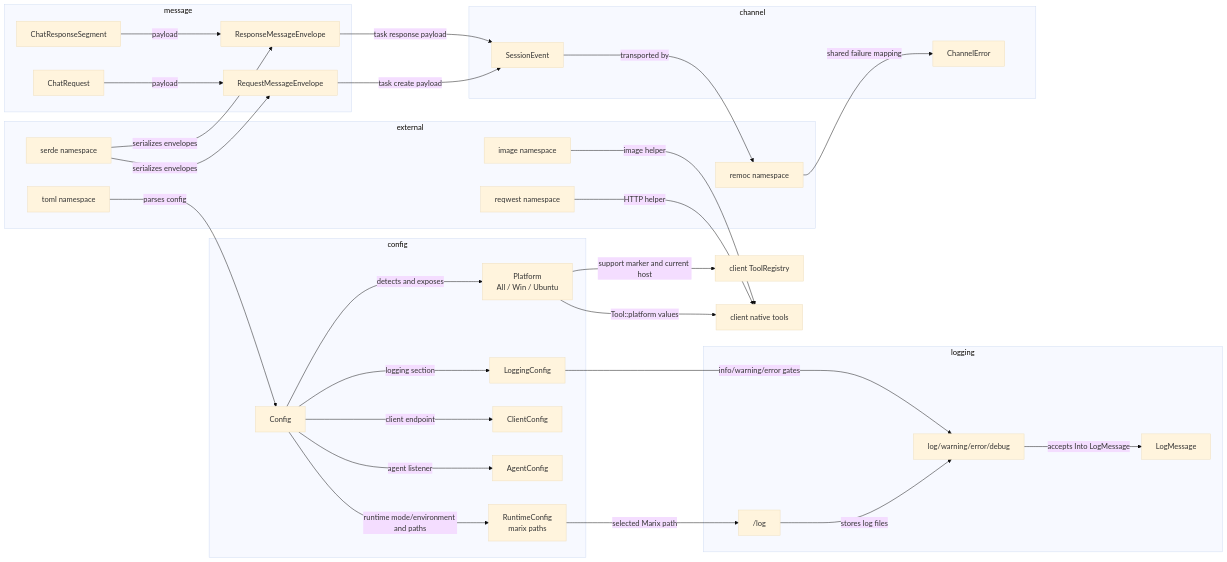
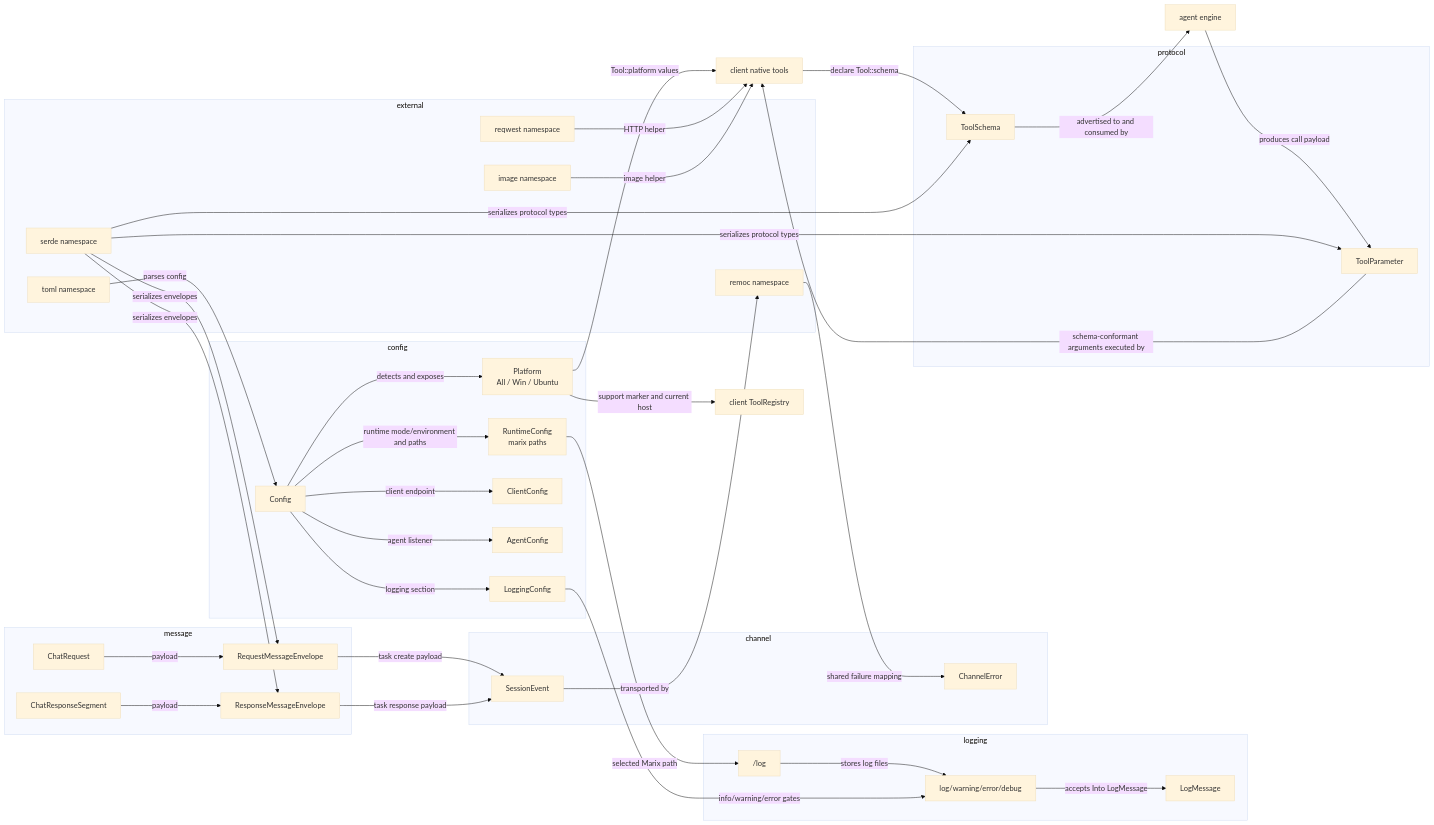
Before and after one commit to DexterDreeeam/Marix: the diagram in src/common/.workflow.mmd, drawn with Mermaid (base theme). The commit also changed 28 other files, not shown here.

Commit message:
Refresh source design metadata for tool protocol and plan structure

```diff
--- a/src/common/.workflow.mmd
+++ b/src/common/.workflow.mmd
@@ -1,56 +1,67 @@
 flowchart LR
   subgraph config["config"]
     Config["Config"]
     Platform["Platform\nAll / Win / Ubuntu"]
     RuntimeConfig["RuntimeConfig\nmarix paths"]
     ClientConfig["ClientConfig"]
     AgentConfig["AgentConfig"]
     LoggingConfig["LoggingConfig"]
   end
   subgraph logging["logging"]
     LoggerApi["log/warning/error/debug"]
     LogDirectory["<marix_path>/log"]
     LogMessage["LogMessage"]
   end
   subgraph message["message"]
     RequestEnvelope["RequestMessageEnvelope"]
     ResponseEnvelope["ResponseMessageEnvelope"]
     ChatRequest["ChatRequest"]
     ChatResponseSegment["ChatResponseSegment"]
   end
   subgraph channel["channel"]
     SessionEvent["SessionEvent"]
     ChannelError["ChannelError"]
   end
   subgraph external["external"]
     Remoc["remoc namespace"]
     Serde["serde namespace"]
     Reqwest["reqwest namespace"]
     Image["image namespace"]
     Toml["toml namespace"]
   end
+  subgraph protocol["protocol"]
+    ToolSchema["ToolSchema"]
+    ToolParameter["ToolParameter"]
+  end
   ClientToolRegistry["client ToolRegistry"]
   NativeTools["client native tools"]
+  AgentEngine["agent engine"]
 
   Toml -->|"parses config"| Config
   Config -->|"detects and exposes"| Platform
   Config -->|"runtime mode/environment and paths"| RuntimeConfig
   Config -->|"client endpoint"| ClientConfig
   Config -->|"agent listener"| AgentConfig
   Config -->|"logging section"| LoggingConfig
   RuntimeConfig -->|"selected Marix path"| LogDirectory
   LogDirectory -->|"stores log files"| LoggerApi
   LoggingConfig -->|"info/warning/error gates"| LoggerApi
   LoggerApi -->|"accepts Into LogMessage"| LogMessage
   Serde -->|"serializes envelopes"| RequestEnvelope
   Serde -->|"serializes envelopes"| ResponseEnvelope
   ChatRequest -->|"payload"| RequestEnvelope
   ChatResponseSegment -->|"payload"| ResponseEnvelope
   RequestEnvelope -->|"task create payload"| SessionEvent
   ResponseEnvelope -->|"task response payload"| SessionEvent
   SessionEvent -->|"transported by"| Remoc
   Remoc -->|"shared failure mapping"| ChannelError
   Platform -->|"support marker and current host"| ClientToolRegistry
   Platform -->|"Tool::platform values"| NativeTools
   Reqwest -->|"HTTP helper"| NativeTools
   Image -->|"image helper"| NativeTools
+  NativeTools -->|"declare Tool::schema"| ToolSchema
+  ToolSchema -->|"advertised to and consumed by"| AgentEngine
+  AgentEngine -->|"produces call payload"| ToolParameter
+  ToolParameter -->|"schema-conformant arguments executed by"| NativeTools
+  Serde -->|"serializes protocol types"| ToolSchema
+  Serde -->|"serializes protocol types"| ToolParameter
```
